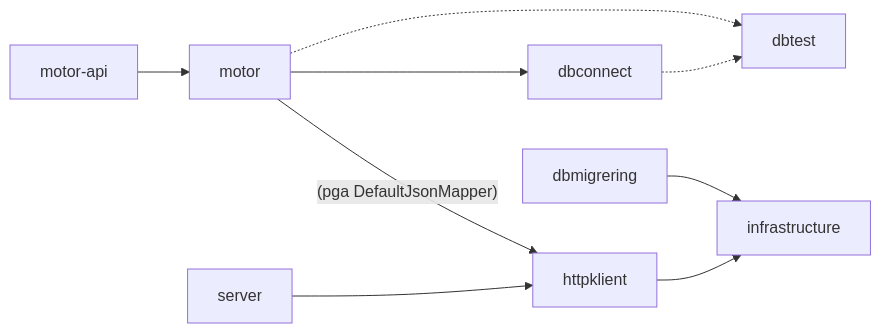
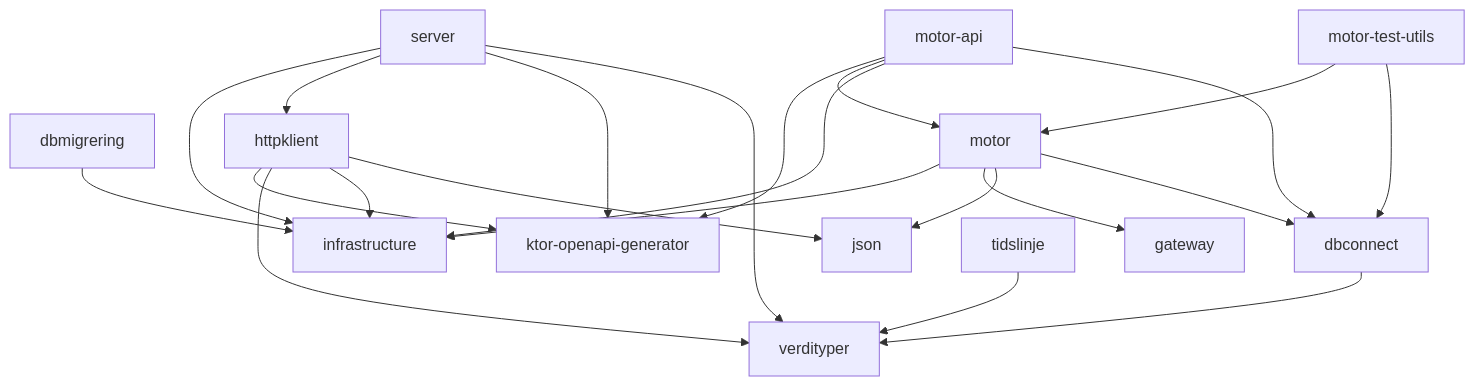
Before and after one commit to navikt/aap-intern-sysdok: the first of 4 diagrams in docs/teknisk/felles_komponenter.md, drawn with Mermaid.

Commit message:
Oppdater deps mellom modules

````diff
--- a/docs/teknisk/felles_komponenter.md
+++ b/docs/teknisk/felles_komponenter.md
@@ -12,11 +12,25 @@
 ```mermaid
-flowchart LR
+graph TD
+    dbmigrering --> infrastructure
+    dbconnect --> verdityper
     motor --> dbconnect
-    motor -.-> dbtest
-    motor-api --> motor
-    motor -- (pga DefaultJsonMapper) --> httpklient
-    dbconnect -.-> dbtest
-    dbmigrering --> infrastructure
+    motor --> json
+    motor --> gateway
+    motor --> infrastructure
+    motor_test_utils["motor-test-utils"] --> dbconnect
+    motor_test_utils --> motor
+    motor_api["motor-api"] --> dbconnect
+    motor_api --> infrastructure
+    motor_api --> motor
+    motor_api --> ktor_openapi_generator["ktor-openapi-generator"]
+    httpklient --> json
     httpklient --> infrastructure
+    httpklient --> verdityper
+    httpklient --> ktor_openapi_generator
+    server --> verdityper
+    server --> ktor_openapi_generator
     server --> httpklient
+    server --> infrastructure
+    tidslinje --> verdityper
+    
 ```
````
